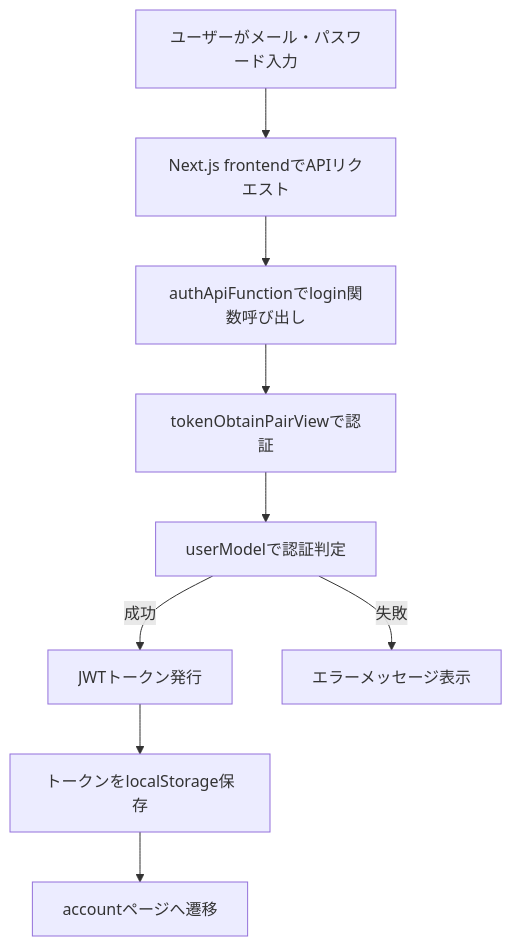
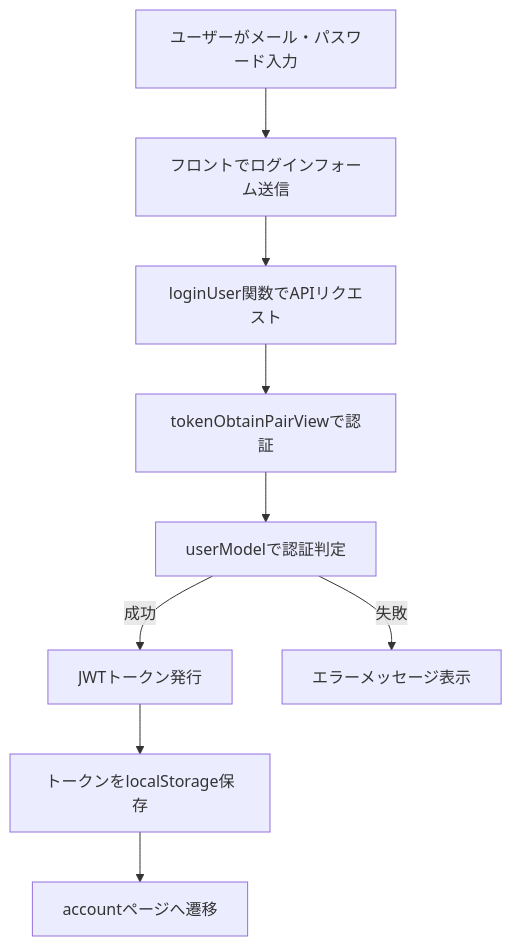
Before and after one commit to Saaka-y/korup: the diagram in docs/login/flowchart.md, drawn with Mermaid. The commit also changed 13 other files, not shown here.

Commit message:
accountページからAPI経由でユーザー情報取得、ユーザー情報のグローバル・localStorage保存 - fetchUserInfoでユーザー情報取得 - loginUserで認証・トークン取得 - 設計図・型・import等も新名称に統一 - userStoreのpersist対応

````diff
--- a/docs/login/flowchart.md
+++ b/docs/login/flowchart.md
@@ -3,11 +3,11 @@
 ```mermaid
 flowchart TD
-    a[ユーザーがメール・パスワード入力] --> b[Next.js frontendでAPIリクエスト]
-    b --> c[authApiFunctionでlogin関数呼び出し]
+    a[ユーザーがメール・パスワード入力] --> b[フロントでログインフォーム送信]
+    b --> c[loginUser関数でAPIリクエスト]
     c --> d[tokenObtainPairViewで認証]
     d --> e[userModelで認証判定]
     e -->|成功| f[JWTトークン発行]
     f --> g[トークンをlocalStorage保存]
     g --> h[accountページへ遷移]
     e -->|失敗| i[エラーメッセージ表示]
 ```
````
